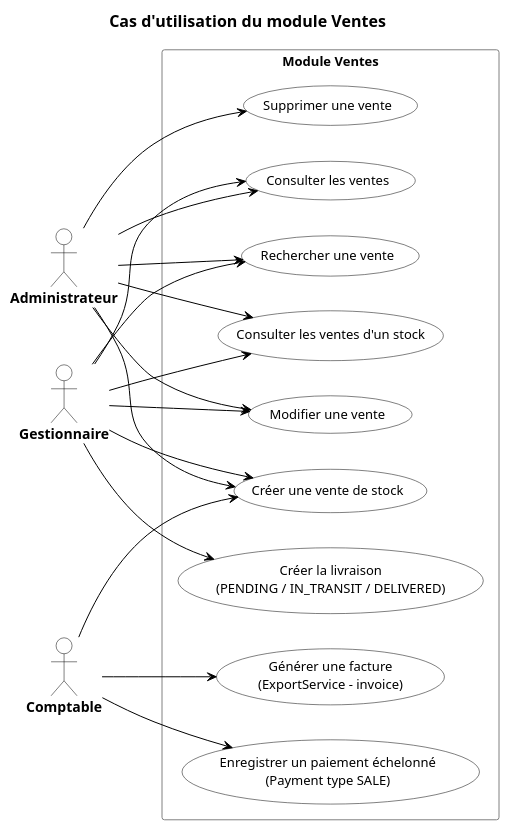
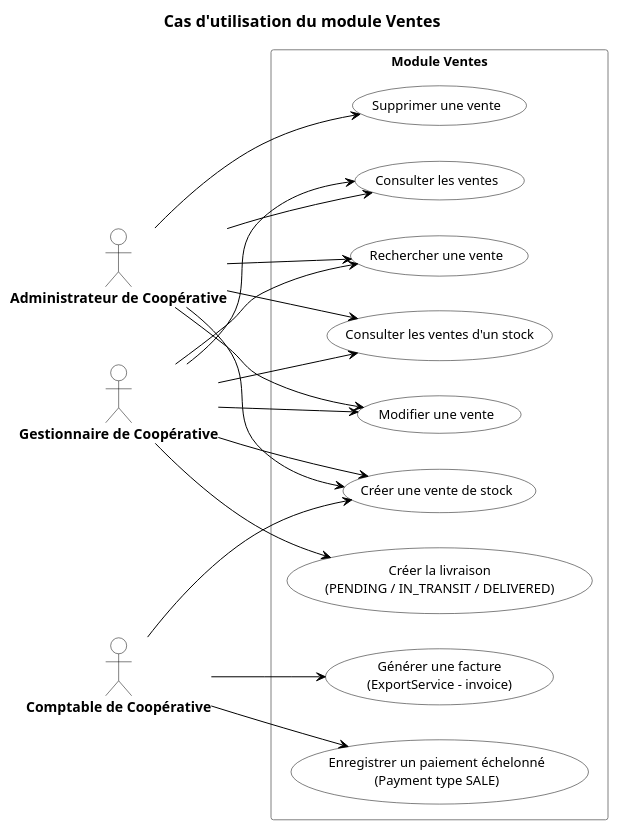
One commit to louvinx/sysgeca_documentation changed the diagram in puml/figure17_cas_utilisation_ventes.puml. Above: the diagram before and after it, drawn with PlantUML. The commit also changed 24 other files, not shown here.

```diff
--- a/puml/figure17_cas_utilisation_ventes.puml
+++ b/puml/figure17_cas_utilisation_ventes.puml
@@ -1,81 +1,81 @@
 @startuml
 title Cas d'utilisation du module Ventes
 
 left to right direction
 skinparam shadowing false
 skinparam backgroundColor White
 skinparam defaultFontName Arial
 skinparam defaultFontSize 12
 
 skinparam title {
   FontSize 16
   FontStyle bold
   FontColor #000000
 }
 
 skinparam actor {
   BackgroundColor White
   BorderColor #000000
   FontColor #000000
   FontSize 14
   FontStyle bold
 }
 
 skinparam usecase {
   BackgroundColor White
   BorderColor #000000
   FontColor #000000
   FontSize 13
 }
 
 skinparam rectangle {
   BackgroundColor White
   BorderColor #808080
   FontColor #000000
   FontSize 13
   FontStyle bold
 }
 
 skinparam arrow {
   Color #000000
   FontColor #000000
 }
 
 skinparam line {
   Color #000000
 }
 
 
-actor "Administrateur" as admin
-actor "Gestionnaire" as manager
-actor "Comptable" as accountant
+actor "Administrateur de Coopérative" as admin
+actor "Gestionnaire de Coopérative" as manager
+actor "Comptable de Coopérative" as accountant
 
 rectangle "Module Ventes" {
   usecase "Créer une vente de stock" as UC1
   usecase "Consulter les ventes" as UC2
   usecase "Rechercher une vente" as UC3
   usecase "Consulter les ventes d'un stock" as UC4
   usecase "Modifier une vente" as UC5
   usecase "Supprimer une vente" as UC6
   usecase "Générer une facture\n(ExportService - invoice)" as UC7
   usecase "Enregistrer un paiement échelonné\n(Payment type SALE)" as UC8
   usecase "Créer la livraison\n(PENDING / IN_TRANSIT / DELIVERED)" as UC9
 }
 
 admin --> UC1
 manager --> UC1
 accountant --> UC1
 admin --> UC2
 manager --> UC2
 admin --> UC3
 manager --> UC3
 admin --> UC4
 manager --> UC4
 admin --> UC5
 manager --> UC5
 admin --> UC6
 accountant --> UC7
 accountant --> UC8
 manager --> UC9
 
 @enduml
```
